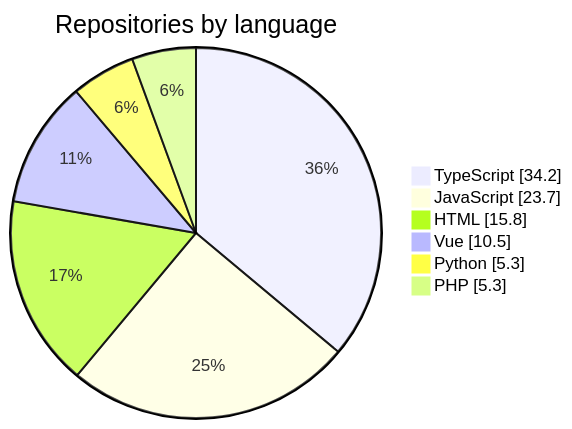
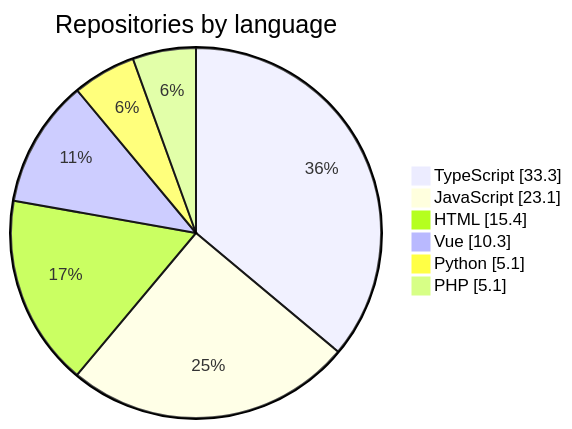
Before and after one commit to ronny1020/ronny1020: the diagram in README.md, drawn with Mermaid. The commit also changed other lines of this file and 8 other files, not shown here.

````diff
--- a/README.md
+++ b/README.md
@@ -113,9 +113,9 @@
 ```mermaid
 pie showData title Repositories by language
-  "TypeScript" : 34.2
-  "JavaScript" : 23.7
-  "HTML" : 15.8
-  "Vue" : 10.5
-  "Python" : 5.3
-  "PHP" : 5.3
+  "TypeScript" : 33.3
+  "JavaScript" : 23.1
+  "HTML" : 15.4
+  "Vue" : 10.3
+  "Python" : 5.1
+  "PHP" : 5.1
 ```
````
